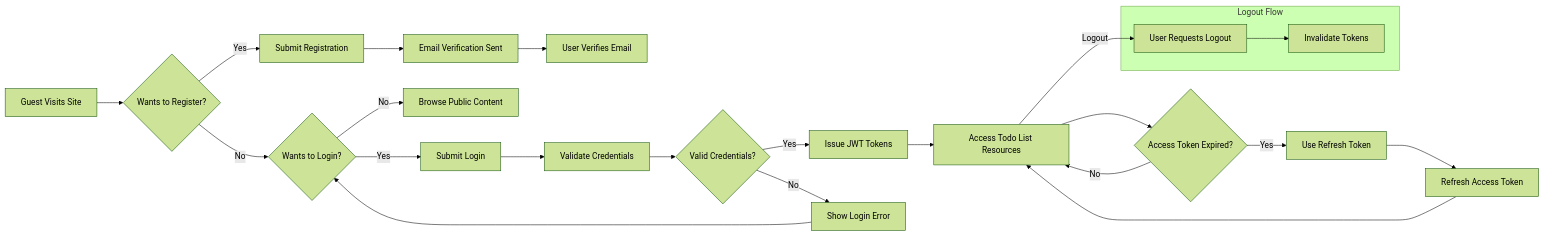
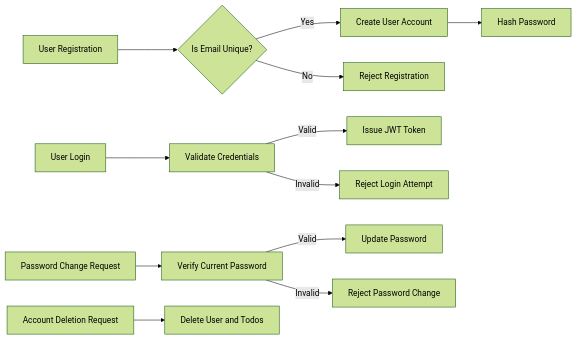
Before and after one commit to wrtnlabs/autobe-examples: the first of 2 diagrams in openai/gpt-4.1-mini/todo/docs/analysis/02-user-actors.md, drawn with Mermaid (forest theme). The commit also changed other lines of this file and 23872 other files, not shown here.

````diff
--- a/openai/gpt-4.1-mini/todo/docs/analysis/02-user-actors.md
+++ b/openai/gpt-4.1-mini/todo/docs/analysis/02-user-actors.md
@@ -51,28 +147,17 @@
 ```mermaid
 graph LR
-  A["Guest Visits Site"] --> B{"Wants to Register?"}
-  B -->|"Yes"| C["Submit Registration"]
-  B -->|"No"| D{"Wants to Login?"}
-  D -->|"Yes"| E["Submit Login"]
-  D -->|"No"| F["Browse Public Content"]
-  C --> G["Email Verification Sent"]
-  G --> H["User Verifies Email"]
-  E --> I["Validate Credentials"]
-  I --> J{"Valid Credentials?"}
-  J -->|"Yes"| K["Issue JWT Tokens"]
-  J -->|"No"| L["Show Login Error"]
-  K --> M["Access Todo List Resources"]
-  L --> D
+  A["User Registration"] --> B{"Is Email Unique?"}
+  B -->|"Yes"| C["Create User Account"]
+  B -->|"No"| D["Reject Registration"]
+  C --> E["Hash Password"]
 
-  M --> N{"Access Token Expired?"}
-  N -->|"Yes"| O["Use Refresh Token"]
-  N -->|"No"| M
-  O --> P["Refresh Access Token"]
-  P --> M
+  F["User Login"] --> G["Validate Credentials"]
+  G -->|"Valid"| H["Issue JWT Token"]
+  G -->|"Invalid"| I["Reject Login Attempt"]
 
-  subgraph "Logout Flow"
-    Q["User Requests Logout"] --> R["Invalidate Tokens"]
-  end
+  J["Password Change Request"] --> K["Verify Current Password"]
+  K -->|"Valid"| L["Update Password"]
+  K -->|"Invalid"| M["Reject Password Change"]
 
-  M -->|"Logout"| Q
+  N["Account Deletion Request"] --> O["Delete User and Todos"]
 ```
````
